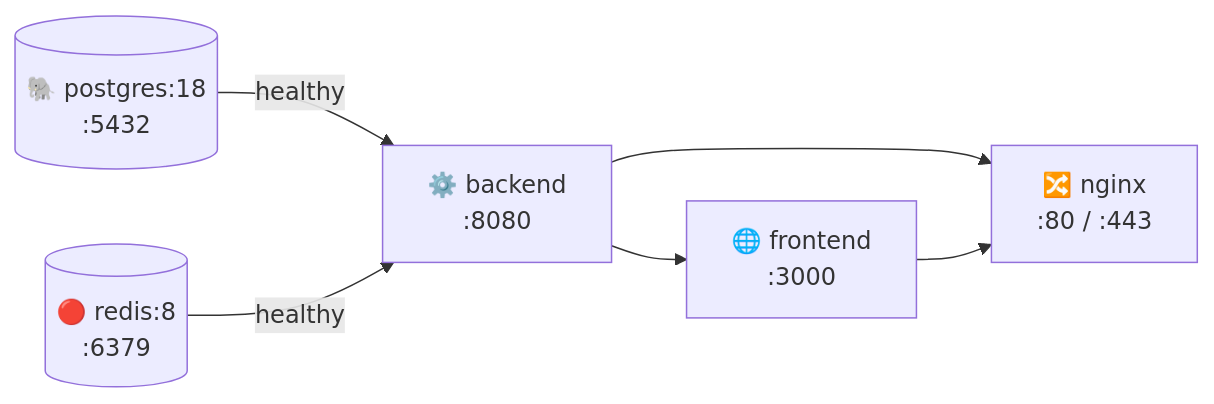
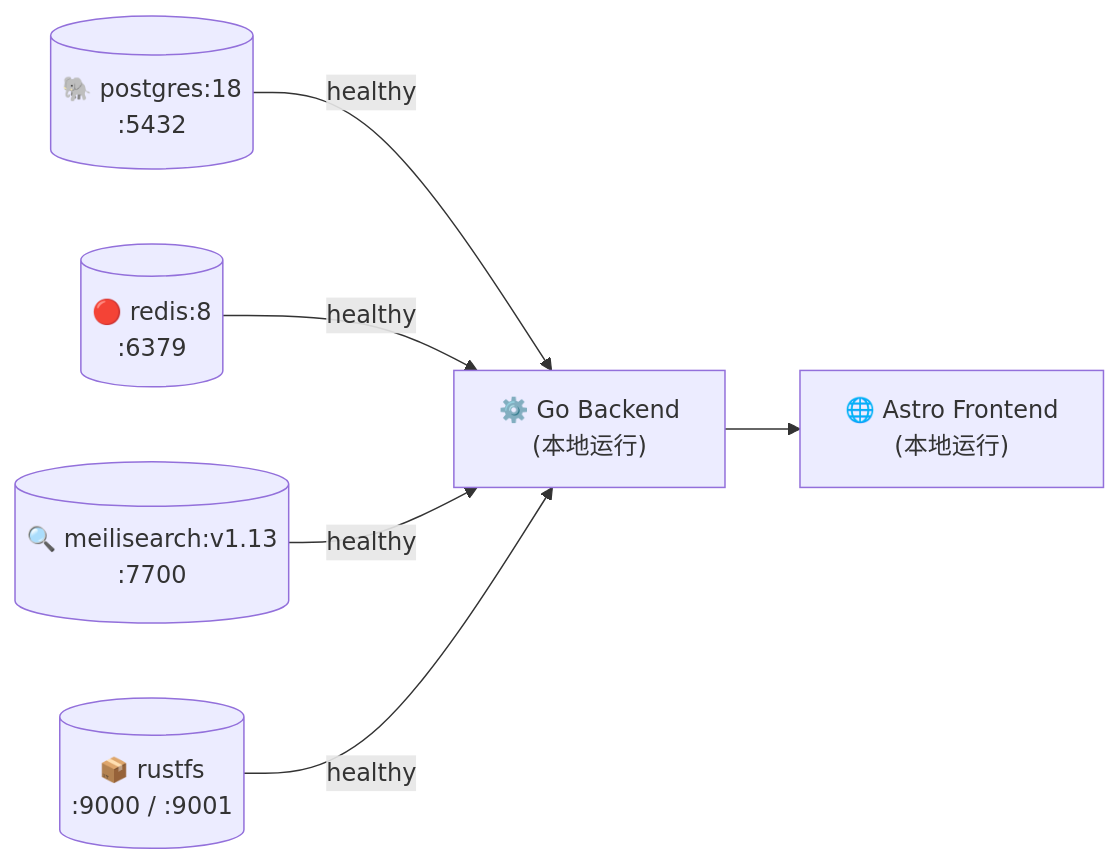
The fourth of 4 diagrams in docs/architecture.md (sky-flux/cms), drawn with Mermaid before and after one commit. The commit also changed other lines of this file and 61 other files, not shown here.

````diff
--- a/docs/architecture.md
+++ b/docs/architecture.md
@@ -877,14 +912,15 @@
 ```mermaid
 flowchart LR
     PG[("🐘 postgres:18\n:5432")]
     RD[("🔴 redis:8\n:6379")]
-    BE["⚙️ backend\n:8080"]
-    FE["🌐 frontend\n:3000"]
-    NG["🔀 nginx\n:80 / :443"]
+    MS[("🔍 meilisearch:v1.13\n:7700")]
+    RF[("📦 rustfs\n:9000 / :9001")]
+    BE["⚙️ Go Backend\n(本地运行)"]
+    FE["🌐 Astro Frontend\n(本地运行)"]
 
     PG -->|healthy| BE
     RD -->|healthy| BE
+    MS -->|healthy| BE
+    RF -->|healthy| BE
     BE --> FE
-    BE --> NG
-    FE --> NG
 ```
````
